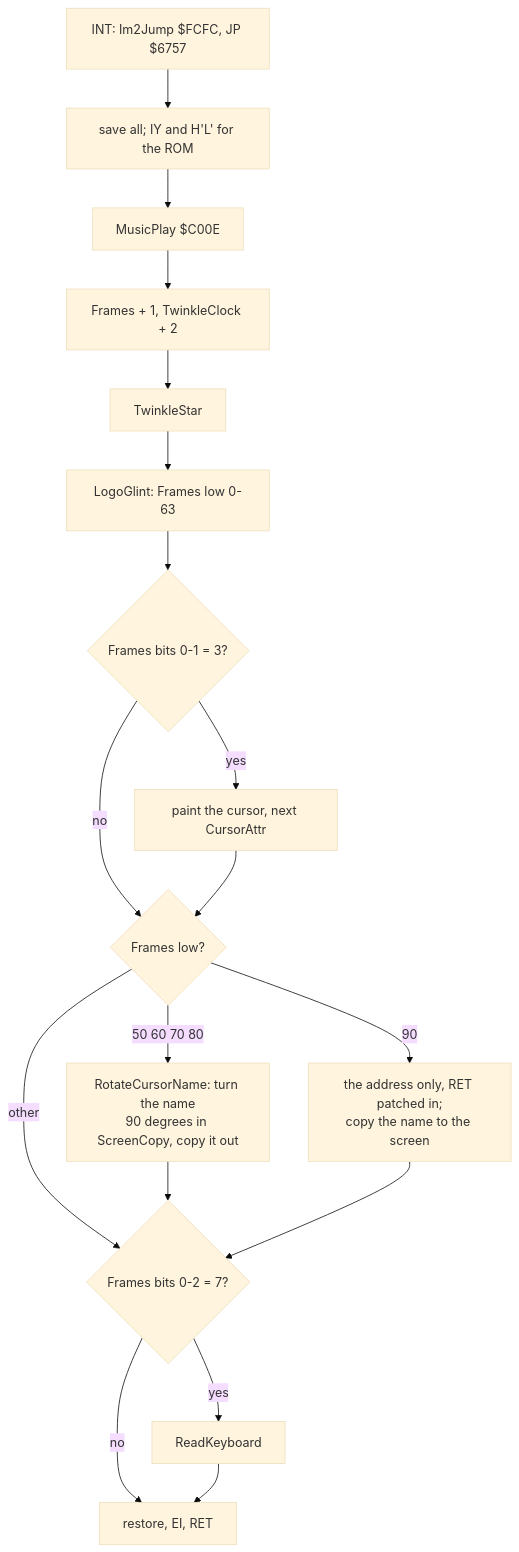
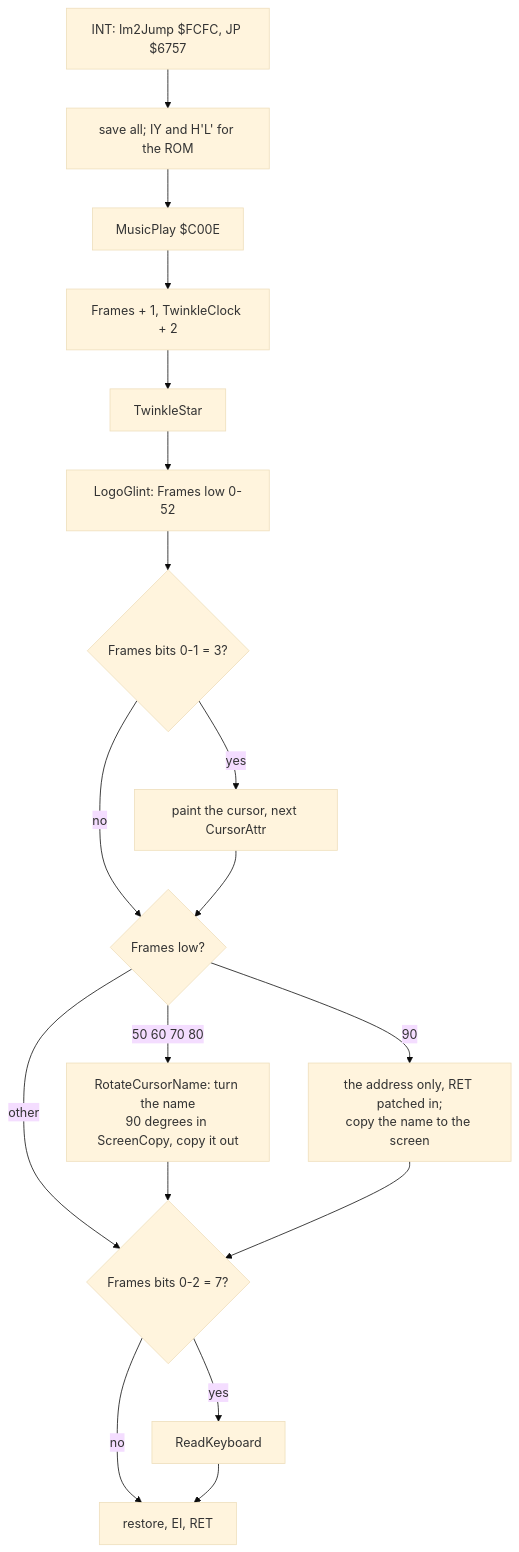
Before and after one commit to alfishe/unrealng-reverse-cases: the fourth of 4 diagrams in software/zyx-boot/docs/04-program-cycle.md, drawn with Mermaid (base theme). The commit also changed other lines of this file and 45 other files, not shown here.

````diff
--- a/software/zyx-boot/docs/04-program-cycle.md
+++ b/software/zyx-boot/docs/04-program-cycle.md
@@ -385,20 +393,20 @@
 ```mermaid
 flowchart TD
     I["INT: Im2Jump $FCFC, JP $6757"] --> S["save all; IY and H'L' for the ROM"]
     S --> M["MusicPlay $C00E"]
     M --> F["Frames + 1, TwinkleClock + 2"]
     F --> T["TwinkleStar"]
-    T --> G["LogoGlint: Frames low 0-63"]
+    T --> G["LogoGlint: Frames low 0-52"]
     G --> C{"Frames bits 0-1 = 3?"}
     C -->|yes| P["paint the cursor, next CursorAttr"]
     C -->|no| R
     P --> R{"Frames low?"}
     R -->|"50 60 70 80"| N["RotateCursorName: turn the name<br/>90 degrees in ScreenCopy, copy it out"]
     R -->|"90"| Z["the address only, RET patched in;<br/>copy the name to the screen"]
     R -->|other| K
     N --> K{"Frames bits 0-2 = 7?"}
     Z --> K
     K -->|yes| KB["ReadKeyboard"]
     K -->|no| E
     KB --> E["restore, EI, RET"]
 ```
````
